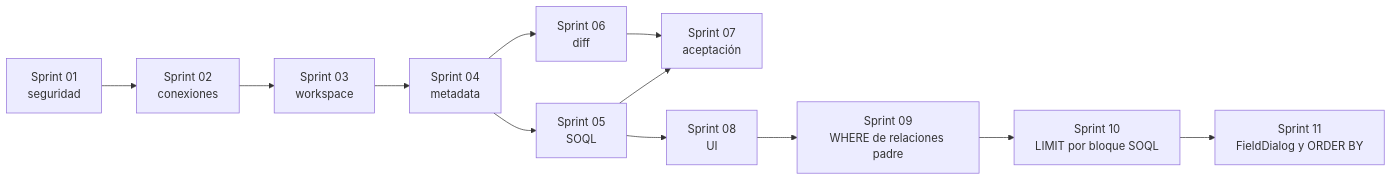
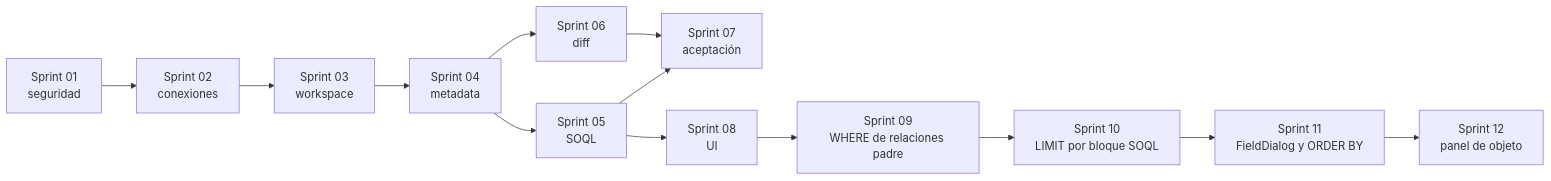
The diagram in doc/PLAN_DE_SPRINTS.md (eBarrero/sfstudio), drawn with Mermaid before and after one commit. The commit also changed other lines of this file and 15 other files, not shown here.

Commit message:
feat(app): complete sprint 12 object panel refinements

````diff
--- a/doc/PLAN_DE_SPRINTS.md
+++ b/doc/PLAN_DE_SPRINTS.md
@@ -38,14 +39,15 @@
 ```mermaid
 flowchart LR
     S1[Sprint 01<br/>seguridad] --> S2[Sprint 02<br/>conexiones]
     S2 --> S3[Sprint 03<br/>workspace]
     S3 --> S4[Sprint 04<br/>metadata]
     S4 --> S5[Sprint 05<br/>SOQL]
     S4 --> S6[Sprint 06<br/>diff]
     S5 --> S7[Sprint 07<br/>aceptación]
     S6 --> S7
     S5 --> S8[Sprint 08<br/>UI]
     S8 --> S9[Sprint 09<br/>WHERE de relaciones padre]
     S9 --> S10[Sprint 10<br/>LIMIT por bloque SOQL]
     S10 --> S11[Sprint 11<br/>FieldDialog y ORDER BY]
+    S11 --> S12[Sprint 12<br/>panel de objeto]
 ```
````
